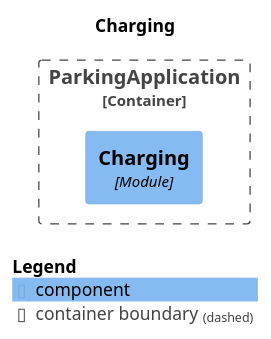
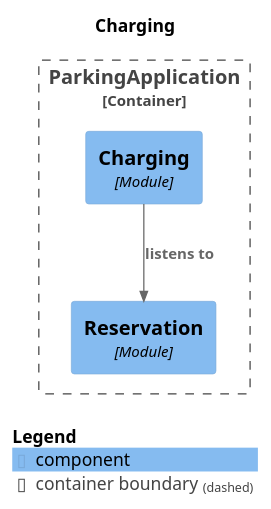
The diagram in target/spring-modulith-docs/module-charging.puml (VladTZY/Erasmus-CarParking), drawn with PlantUML before and after one commit. The commit also changed 69 other files, not shown here.

```diff
--- a/target/spring-modulith-docs/module-charging.puml
+++ b/target/spring-modulith-docs/module-charging.puml
@@ -1,17 +1,19 @@
 @startuml
 set separator none
 title Charging
 
 top to bottom direction
 
 !include <C4/C4>
 !include <C4/C4_Context>
 !include <C4/C4_Component>
 
 Container_Boundary("ParkingApplication.ParkingApplication_boundary", "ParkingApplication", $tags="") {
   Component(ParkingApplication.ParkingApplication.Charging, "Charging", $techn="Module", $descr="", $tags="", $link="")
+  Component(ParkingApplication.ParkingApplication.Reservation, "Reservation", $techn="Module", $descr="", $tags="", $link="")
 }
 
+Rel(ParkingApplication.ParkingApplication.Charging, ParkingApplication.ParkingApplication.Reservation, "listens to", $techn="", $tags="", $link="")
 
 SHOW_LEGEND(true)
 @enduml
```
